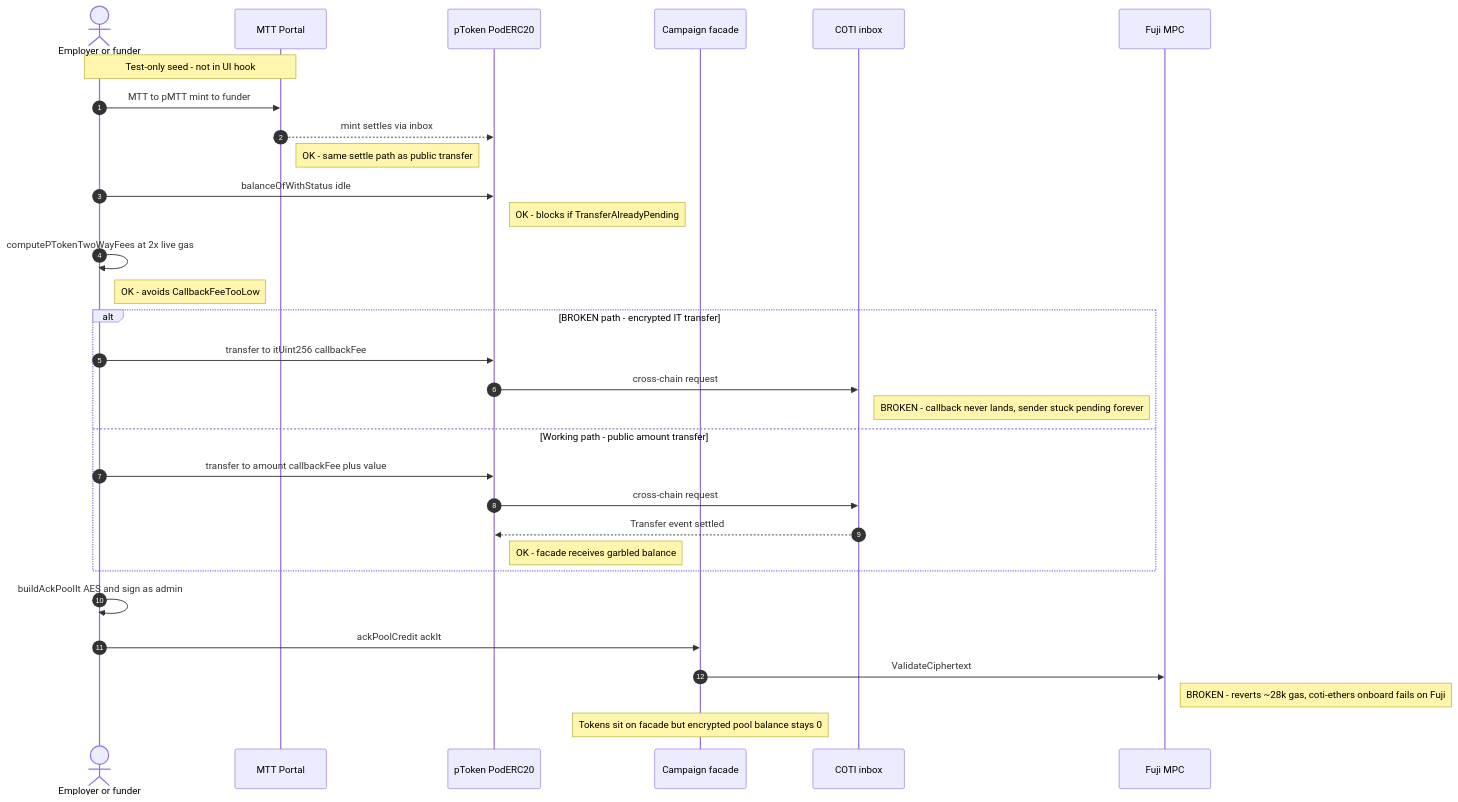
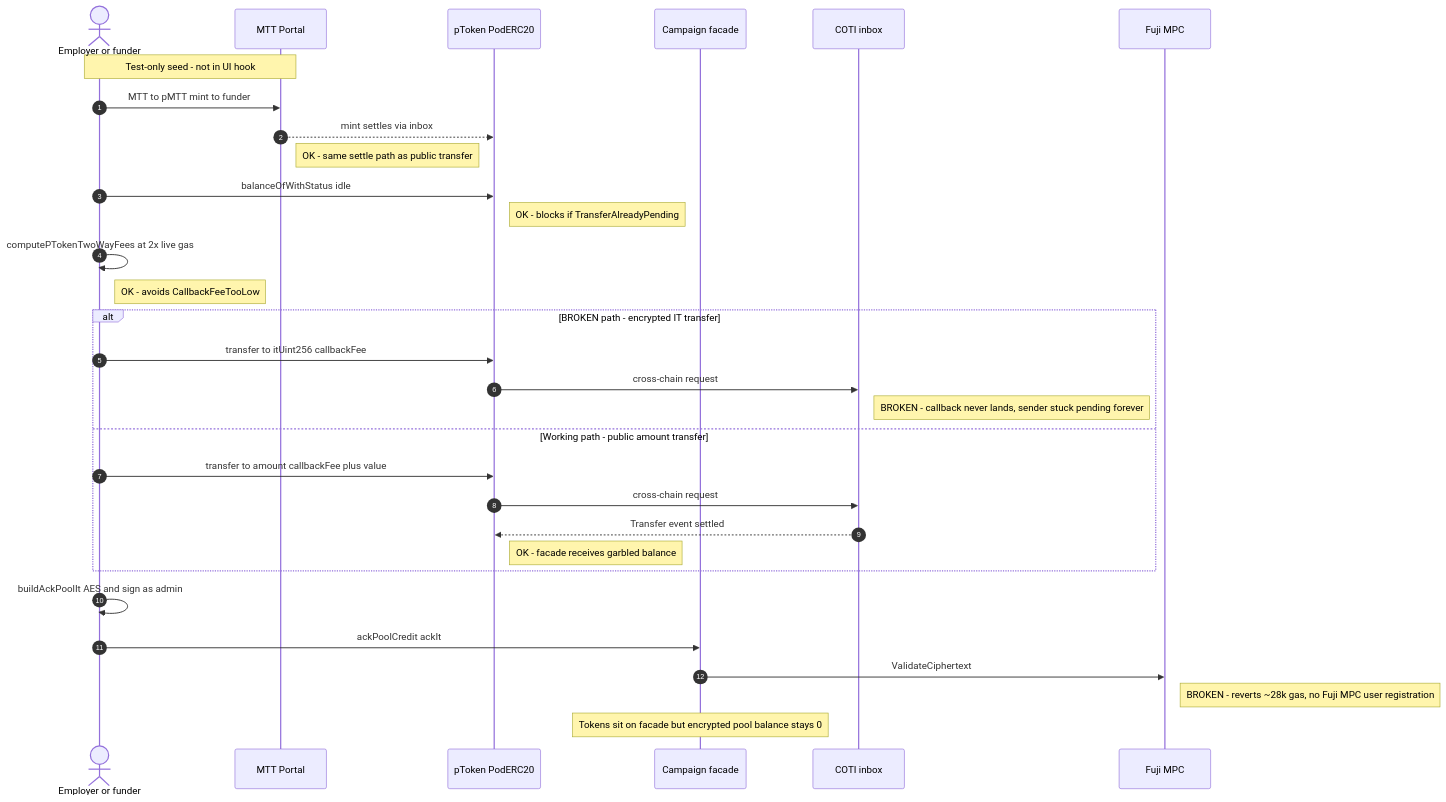
One commit to cotitech-io/hrpayroll-ui changed the second of 4 diagrams in ui/docs/fundCampaign.md. Above: the diagram before and after it, drawn with Mermaid. The commit also changed other lines of this file, not shown here.

First line of the commit message:
Document ackPoolCredit failure as missing Fuji MPC user registration

````diff
--- a/ui/docs/fundCampaign.md
+++ b/ui/docs/fundCampaign.md
@@ -13,38 +76,38 @@
 ```mermaid
 sequenceDiagram
   autonumber
   actor Emp as Employer or funder
   participant Portal as MTT Portal
   participant pToken as pToken PodERC20
   participant Facade as Campaign facade
   participant COTI as COTI inbox
   participant MPC as Fuji MPC
 
   Note over Emp,Portal: Test-only seed - not in UI hook
   Emp->>Portal: MTT to pMTT mint to funder
   Portal-->>pToken: mint settles via inbox
   Note right of Portal: OK - same settle path as public transfer
 
   Emp->>pToken: balanceOfWithStatus idle
   Note right of pToken: OK - blocks if TransferAlreadyPending
 
   Emp->>Emp: computePTokenTwoWayFees at 2x live gas
   Note right of Emp: OK - avoids CallbackFeeTooLow
 
   alt BROKEN path - encrypted IT transfer
     Emp->>pToken: transfer to itUint256 callbackFee
     pToken->>COTI: cross-chain request
     Note right of COTI: BROKEN - callback never lands, sender stuck pending forever
   else Working path - public amount transfer
     Emp->>pToken: transfer to amount callbackFee plus value
     pToken->>COTI: cross-chain request
     COTI-->>pToken: Transfer event settled
     Note right of pToken: OK - facade receives garbled balance
   end
 
   Emp->>Emp: buildAckPoolIt AES and sign as admin
   Emp->>Facade: ackPoolCredit ackIt
   Facade->>MPC: ValidateCiphertext
-  Note right of MPC: BROKEN - reverts ~28k gas, coti-ethers onboard fails on Fuji
+  Note right of MPC: BROKEN - reverts ~28k gas, no Fuji MPC user registration
   Note over Facade: Tokens sit on facade but encrypted pool balance stays 0
 ```
````
